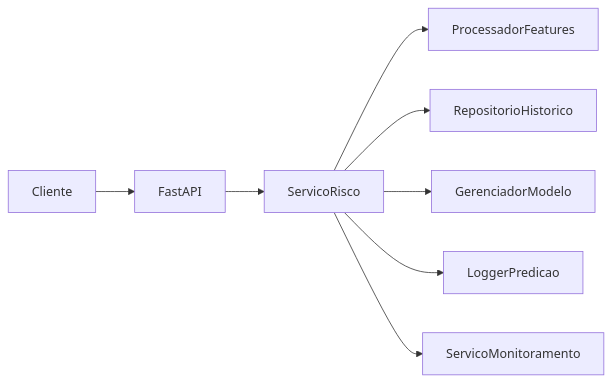
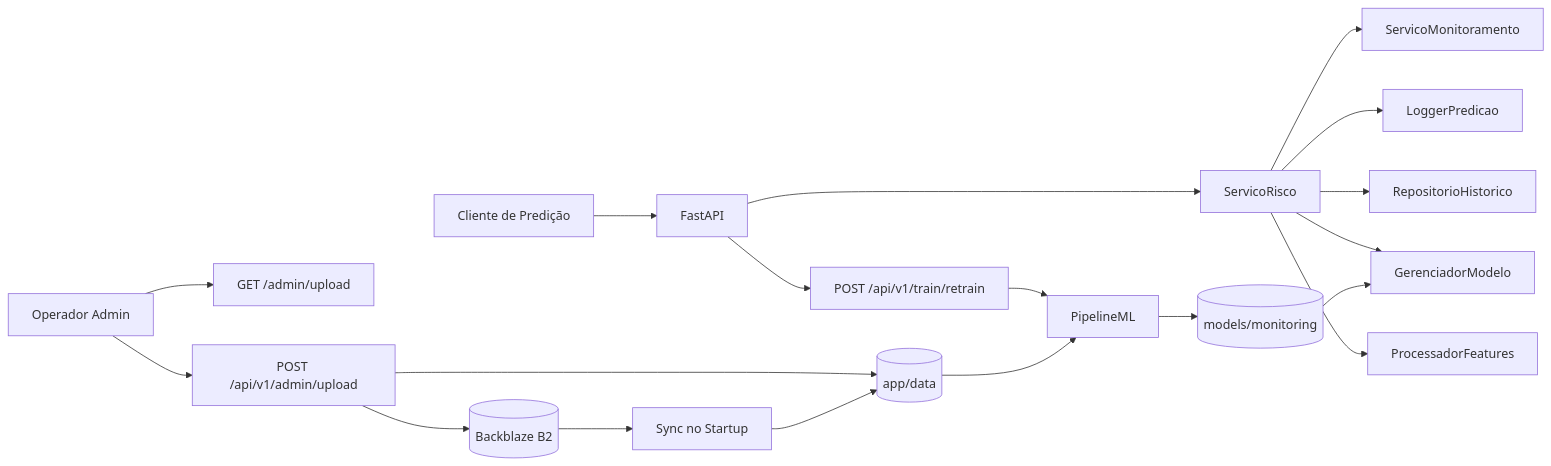
The first of 7 diagrams in README.md (PauloGuedes2/passos-magicos-datathon), drawn with Mermaid before and after one commit. The commit also changed other lines of this file and 1 other file, not shown here.

Commit message:
feat: adicionando interface administrativa para upload de novos dados e retreinamento

````diff
--- a/README.md
+++ b/README.md
@@ -111,10 +113,23 @@
 ```mermaid
 flowchart LR
-    Cliente --> API[FastAPI]
+    Cliente[Cliente de Predição] --> API[FastAPI]
+    Admin[Operador Admin] --> UI[GET /admin/upload]
+    Admin --> Upload[POST /api/v1/admin/upload]
+    Upload --> B2[(Backblaze B2)]
+    Upload --> DataDir[(app/data)]
+    B2 --> Sync[Sync no Startup]
+    Sync --> DataDir
+
     API --> Pred[ServicoRisco]
     Pred --> Proc[ProcessadorFeatures]
     Pred --> Hist[RepositorioHistorico]
     Pred --> Model[GerenciadorModelo]
     Pred --> Log[LoggerPredicao]
     Pred --> Mon[ServicoMonitoramento]
+
+    API --> Retrain[POST /api/v1/train/retrain]
+    Retrain --> Train[PipelineML]
+    DataDir --> Train
+    Train --> Artifacts[(models/monitoring)]
+    Artifacts --> Model
 ```
````
